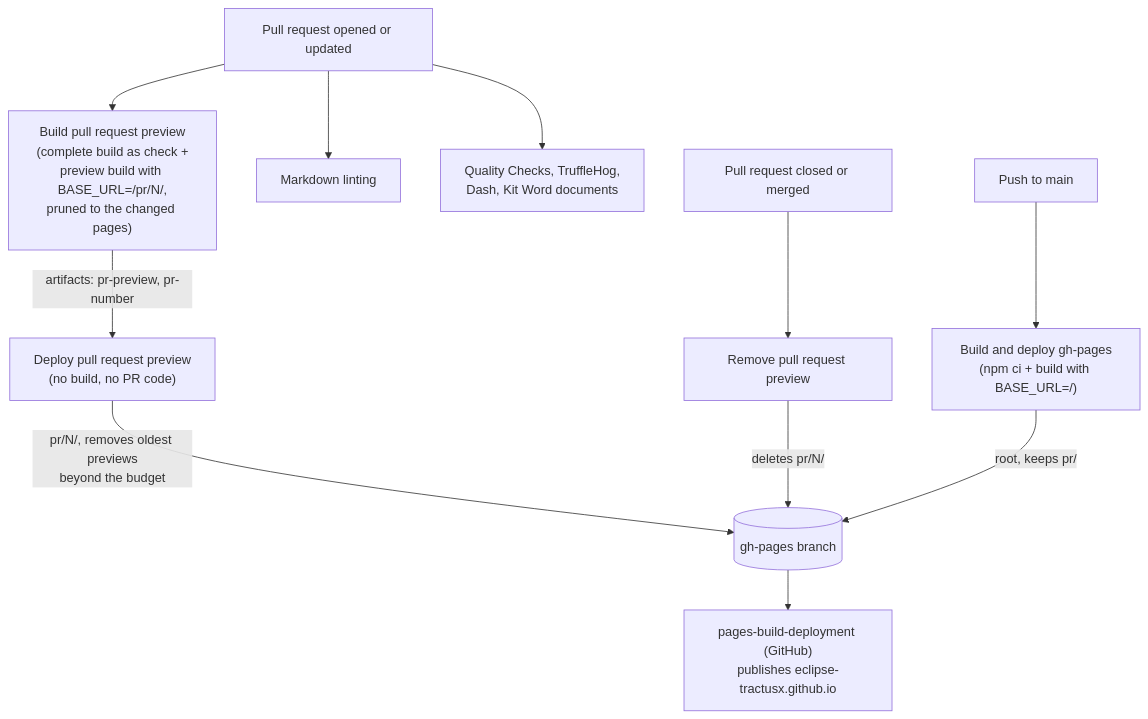
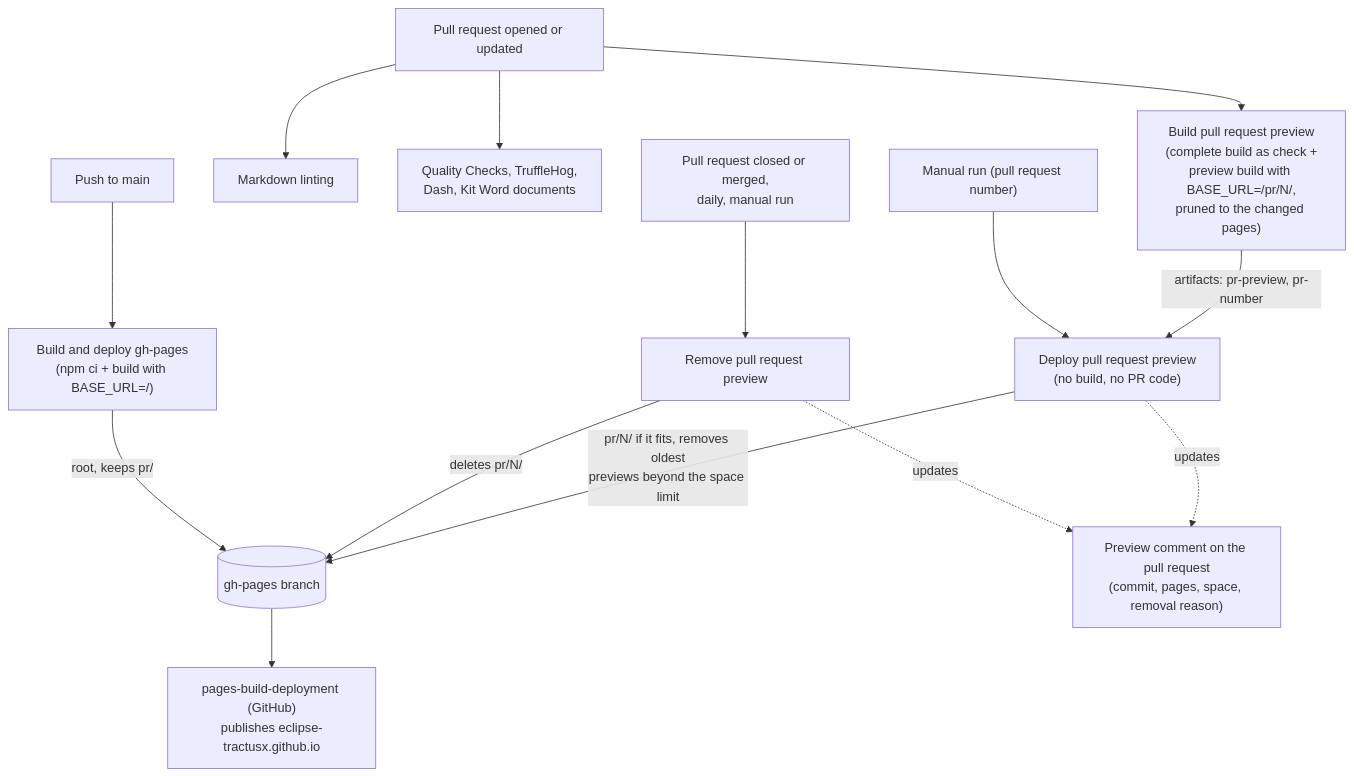
The diagram in .github/workflows/README.md (eclipse-tractusx/eclipse-tractusx.github.io), drawn with Mermaid before and after one commit. The commit also changed other lines of this file and 8 other files, not shown here.

First line of the commit message:
ci: check the space on GitHub Pages and keep the preview comment up to date

````diff
--- a/.github/workflows/README.md
+++ b/.github/workflows/README.md
@@ -27,13 +27,15 @@
 ```mermaid
 flowchart TD
     PR["Pull request opened or updated"] --> BUILD["Build pull request preview<br/>(complete build as check +<br/>preview build with BASE_URL=/pr/N/,<br/>pruned to the changed pages)"]
     PR --> LINT["Markdown linting"]
     PR --> CHECKS["Quality Checks, TruffleHog,<br/>Dash, Kit Word documents"]
     BUILD -- "artifacts: pr-preview, pr-number" --> DEPLOY["Deploy pull request preview<br/>(no build, no PR code)"]
-    DEPLOY -- "pr/N/, removes oldest previews<br/>beyond the budget" --> GHP[("gh-pages branch")]
-    CLOSE["Pull request closed or merged"] --> CLEAN["Remove pull request preview"]
+    DISPATCH["Manual run (pull request number)"] --> DEPLOY
+    DEPLOY -- "pr/N/ if it fits, removes oldest<br/>previews beyond the space limit" --> GHP[("gh-pages branch")]
+    CLOSE["Pull request closed or merged,<br/>daily, manual run"] --> CLEAN["Remove pull request preview"]
     CLEAN -- "deletes pr/N/" --> GHP
+    DEPLOY & CLEAN -. "updates" .-> COMMENT["Preview comment on the pull request<br/>(commit, pages, space, removal reason)"]
     MERGE["Push to main"] --> PROD["Build and deploy gh-pages<br/>(npm ci + build with BASE_URL=/)"]
     PROD -- "root, keeps pr/" --> GHP
     GHP --> PAGES["pages-build-deployment (GitHub)<br/>publishes eclipse-tractusx.github.io"]
 ```
````
